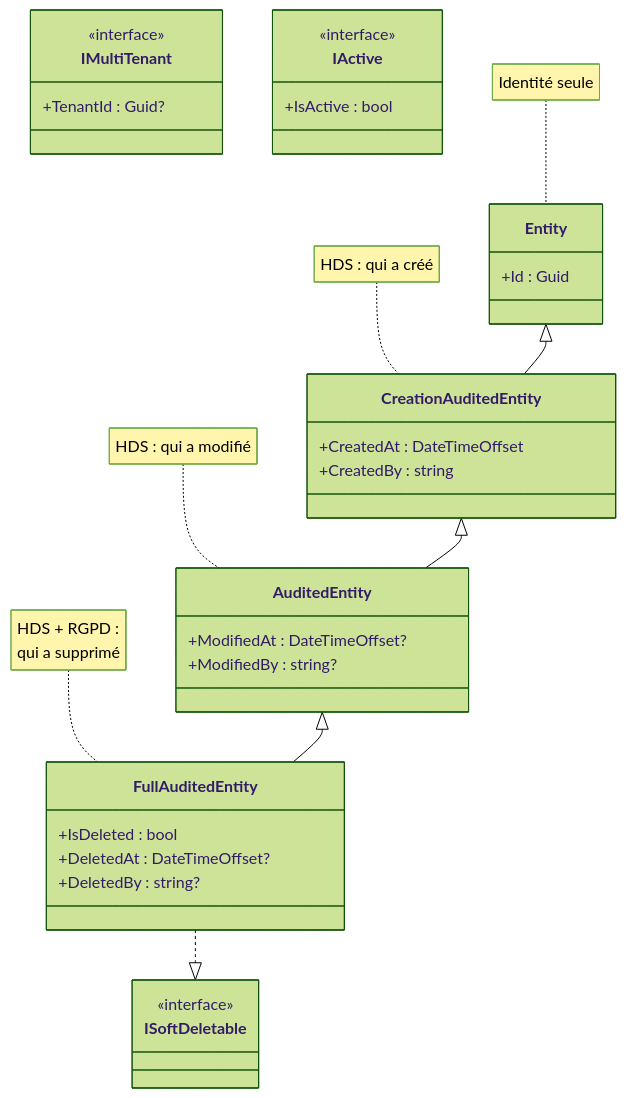
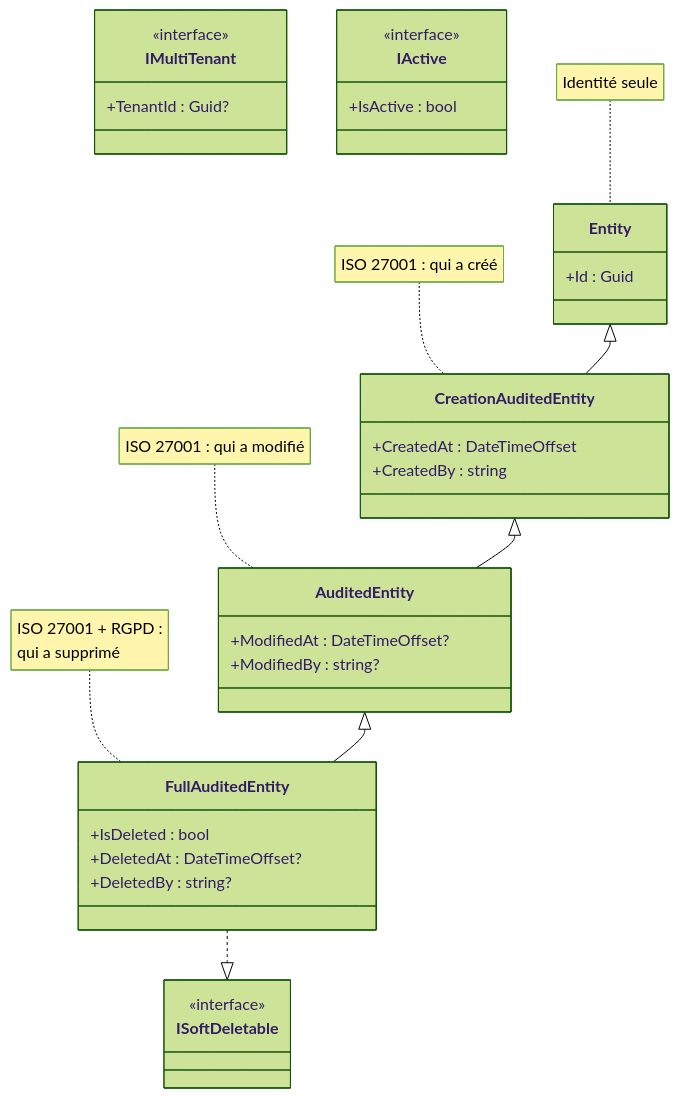
The diagram in docs/patterns/gof-structure/composite.md (enraiz/granit-dotnet), drawn with Mermaid (forest theme) before and after one commit. The commit also changed other lines of this file and 319 other files, not shown here.

````diff
--- a/docs/patterns/gof-structure/composite.md
+++ b/docs/patterns/gof-structure/composite.md
@@ -12,46 +12,46 @@
 ```mermaid
 classDiagram
     class Entity {
         +Id : Guid
     }
 
     class CreationAuditedEntity {
         +CreatedAt : DateTimeOffset
         +CreatedBy : string
     }
 
     class AuditedEntity {
         +ModifiedAt : DateTimeOffset?
         +ModifiedBy : string?
     }
 
     class FullAuditedEntity {
         +IsDeleted : bool
         +DeletedAt : DateTimeOffset?
         +DeletedBy : string?
     }
 
     class ISoftDeletable {
         <<interface>>
     }
 
     class IMultiTenant {
         <<interface>>
         +TenantId : Guid?
     }
 
     class IActive {
         <<interface>>
         +IsActive : bool
     }
 
     Entity <|-- CreationAuditedEntity
     CreationAuditedEntity <|-- AuditedEntity
     AuditedEntity <|-- FullAuditedEntity
     FullAuditedEntity ..|> ISoftDeletable
 
     note for Entity "Identité seule"
-    note for CreationAuditedEntity "HDS : qui a créé"
-    note for AuditedEntity "HDS : qui a modifié"
-    note for FullAuditedEntity "HDS + RGPD :<br/>qui a supprimé"
+    note for CreationAuditedEntity "ISO 27001 : qui a créé"
+    note for AuditedEntity "ISO 27001 : qui a modifié"
+    note for FullAuditedEntity "ISO 27001 + RGPD :<br/>qui a supprimé"
 ```
````
